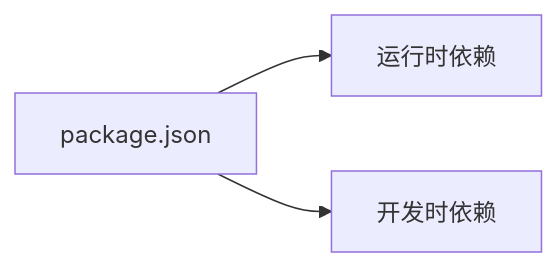
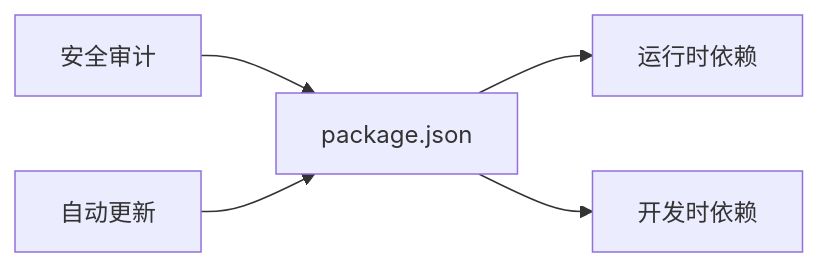
The fourth of 4 diagrams in .qoder/repowiki/zh/content/开发指南.md (florianjsun/next-portfolio), drawn with Mermaid before and after one commit. The commit also changed other lines of this file and 49 other files, not shown here.

````diff
--- a/.qoder/repowiki/zh/content/开发指南.md
+++ b/.qoder/repowiki/zh/content/开发指南.md
@@ -244,8 +310,12 @@
 ```mermaid
 graph LR
 PKG["package.json"]
 RUN["运行时依赖"]
 DEV["开发时依赖"]
+SEC["安全审计"]
+AUTO["自动更新"]
 PKG --> RUN
 PKG --> DEV
+SEC --> PKG
+AUTO --> PKG
 ```
````
